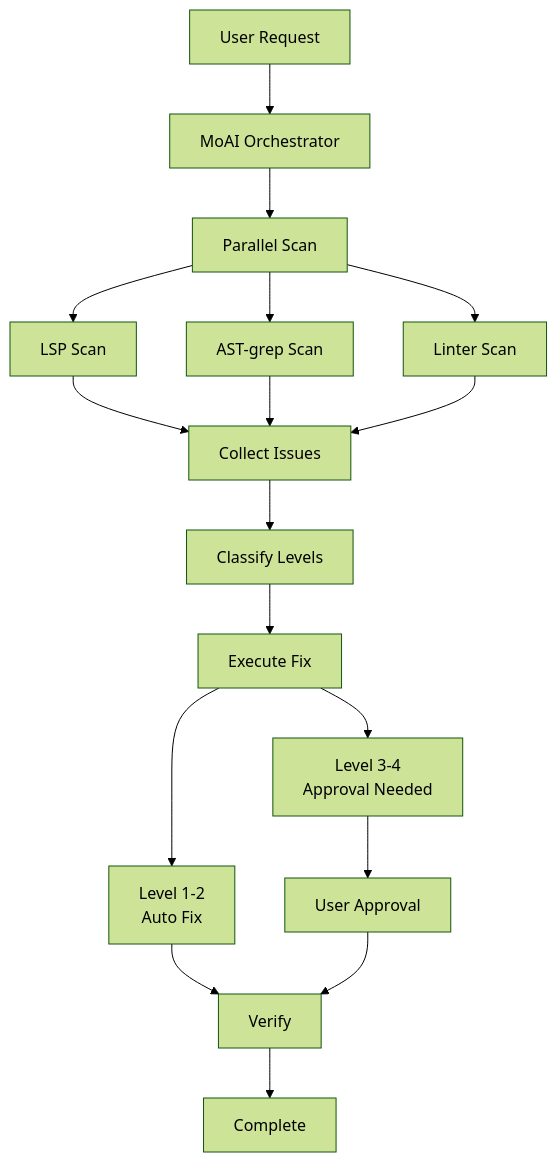
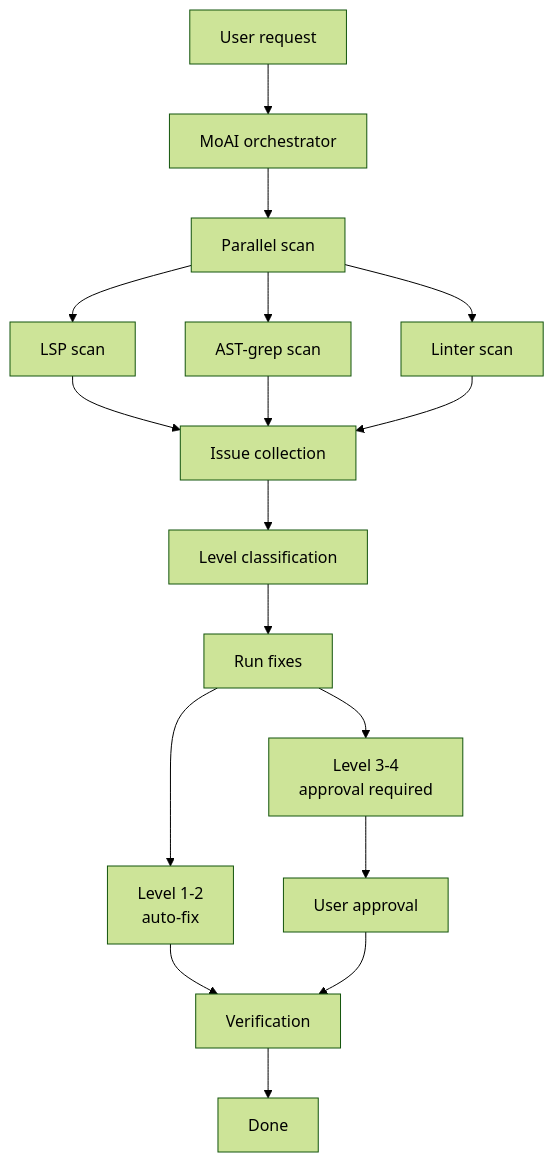
One commit to modu-ai/moai-adk changed the third of 3 diagrams in docs-site/content/en/utility-commands/moai-fix.md. Above: the diagram before and after it, drawn with Mermaid (forest theme). The commit also changed other lines of this file and 395 other files, not shown here.

````diff
--- a/docs-site/content/en/utility-commands/moai-fix.md
+++ b/docs-site/content/en/utility-commands/moai-fix.md
@@ -242,25 +242,25 @@
 ```mermaid
 flowchart TD
-    User["User Request"] --> Orchestrator["MoAI Orchestrator"]
-    Orchestrator --> Parallel["Parallel Scan"]
+    User["User request"] --> Orchestrator["MoAI orchestrator"]
+    Orchestrator --> Parallel["Parallel scan"]
 
-    Parallel --> LSP["LSP Scan"]
-    Parallel --> AST["AST-grep Scan"]
-    Parallel --> Linter["Linter Scan"]
+    Parallel --> LSP["LSP scan"]
+    Parallel --> AST["AST-grep scan"]
+    Parallel --> Linter["Linter scan"]
 
-    LSP --> Collect["Collect Issues"]
+    LSP --> Collect["Issue collection"]
     AST --> Collect
     Linter --> Collect
 
-    Collect --> Classify["Classify Levels"]
-    Classify --> Fix["Execute Fix"]
+    Collect --> Classify["Level classification"]
+    Classify --> Fix["Run fixes"]
 
-    Fix --> Level12["Level 1-2<br/>Auto Fix"]
-    Fix --> Level34["Level 3-4<br/>Approval Needed"]
+    Fix --> Level12["Level 1-2<br/>auto-fix"]
+    Fix --> Level34["Level 3-4<br/>approval required"]
 
-    Level12 --> Verify["Verify"]
-    Level34 --> UserApprove["User Approval"]
+    Level12 --> Verify["Verification"]
+    Level34 --> UserApprove["User approval"]
     UserApprove --> Verify
 
-    Verify --> Complete["Complete"]
+    Verify --> Complete["Done"]
 ```
````
